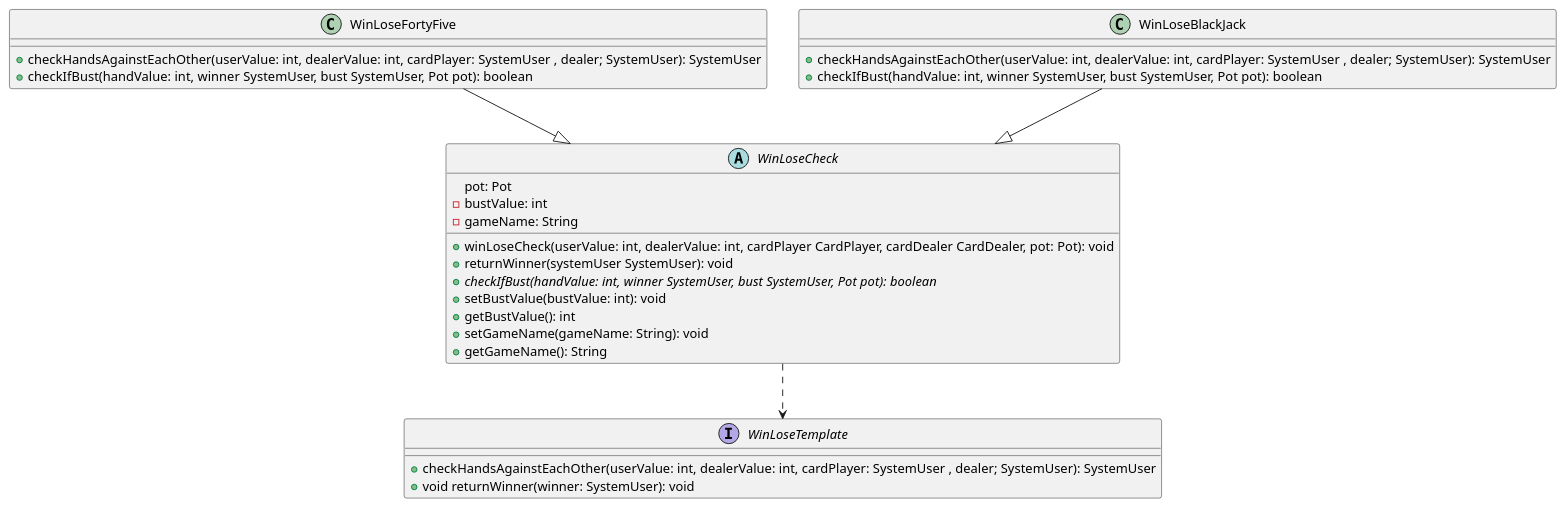
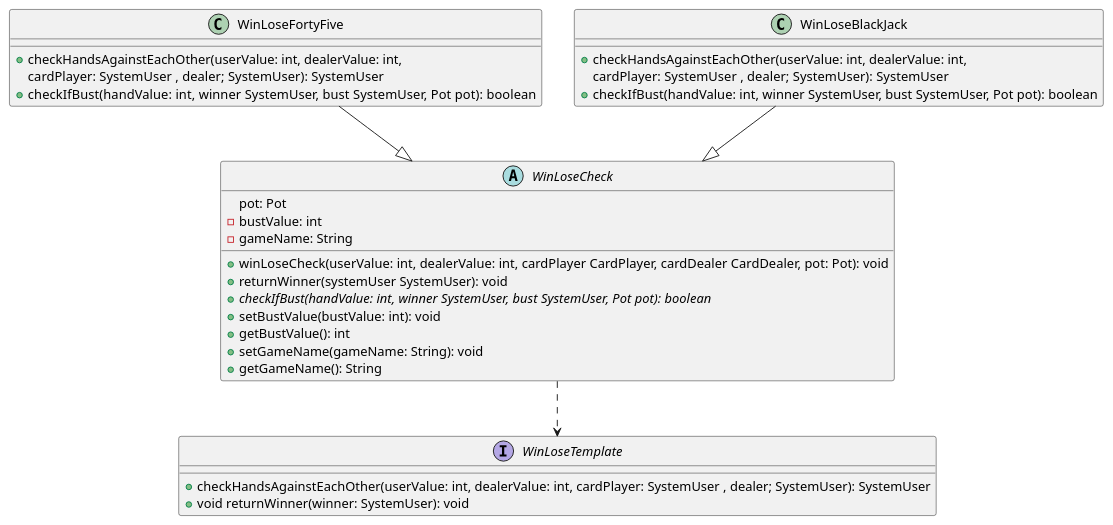
Before and after one commit to GerardRyan1989/SoftwareDesignPatternsCA: the diagram in UMLS/TemplatePattern.puml, drawn with PlantUML. The commit also changed 28 other files, not shown here.

```diff
--- a/UMLS/TemplatePattern.puml
+++ b/UMLS/TemplatePattern.puml
@@ -1,40 +1,42 @@
 @startuml
 
 interface WinLoseTemplate{
         +checkHandsAgainstEachOther(userValue: int, dealerValue: int, cardPlayer: SystemUser ,  dealer; SystemUser): SystemUser
         +void returnWinner(winner: SystemUser): void
 
 }
 
 abstract class WinLoseCheck{
         pot: Pot
         -bustValue: int
         -gameName: String
         +winLoseCheck(userValue: int, dealerValue: int, cardPlayer CardPlayer, cardDealer CardDealer, pot: Pot): void
         +returnWinner(systemUser SystemUser): void
         {abstract}+checkIfBust(handValue: int, winner SystemUser, bust SystemUser, Pot pot): boolean
         +setBustValue(bustValue: int): void
         +getBustValue(): int
         +setGameName(gameName: String): void
         +getGameName(): String
 
 }
 
 
 class WinLoseFortyFive{
-    +checkHandsAgainstEachOther(userValue: int, dealerValue: int, cardPlayer: SystemUser ,  dealer; SystemUser): SystemUser
-    +checkIfBust(handValue: int, winner SystemUser, bust SystemUser, Pot pot): boolean
+    +checkHandsAgainstEachOther(userValue: int, dealerValue: int,
+        cardPlayer: SystemUser ,  dealer; SystemUser): SystemUser
+    +checkIfBust(handValue: int, winner SystemUser, bust SystemUser,  Pot pot): boolean
 }
 
 
 class WinLoseBlackJack{
-    +checkHandsAgainstEachOther(userValue: int, dealerValue: int, cardPlayer: SystemUser ,  dealer; SystemUser): SystemUser
+    +checkHandsAgainstEachOther(userValue: int, dealerValue: int,
+        cardPlayer: SystemUser ,  dealer; SystemUser): SystemUser
     +checkIfBust(handValue: int, winner SystemUser, bust SystemUser, Pot pot): boolean
 }
 
 
 WinLoseBlackJack --|> WinLoseCheck
 WinLoseFortyFive --|> WinLoseCheck
 
 WinLoseCheck ..> WinLoseTemplate
 @enduml
```
